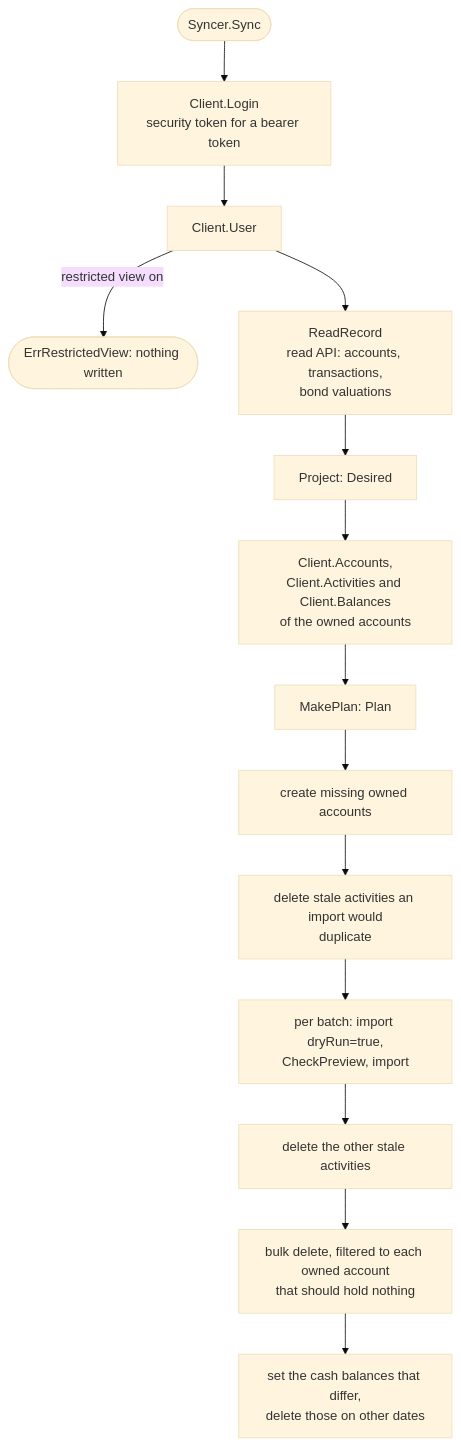
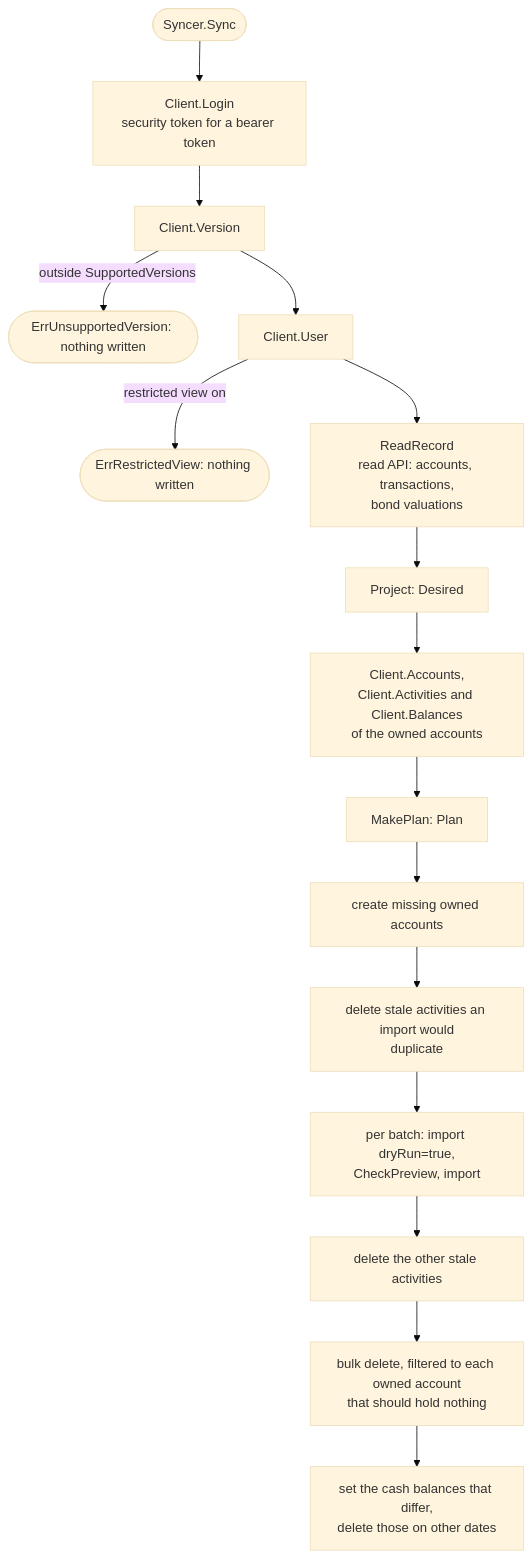
The first of 2 diagrams in docs/concepts/ghostfolio.md (arkadiuss/openfief), drawn with Mermaid (base theme) before and after one commit. The commit also changed other lines of this file and 29 other files, not shown here.

````diff
--- a/docs/concepts/ghostfolio.md
+++ b/docs/concepts/ghostfolio.md
@@ -34,16 +34,18 @@
 ```mermaid
 flowchart TD
   start(["Syncer.Sync"]) --> login["Client.Login<br/>security token for a bearer token"]
-  login --> user["Client.User"]
+  login --> version["Client.Version"]
+  version -- "outside SupportedVersions" --> unsupported(["ErrUnsupportedVersion: nothing written"])
+  version --> user["Client.User"]
   user -- "restricted view on" --> refuse(["ErrRestrictedView: nothing written"])
   user --> read["ReadRecord<br/>read API: accounts, transactions,<br/>bond valuations"]
   read --> project["Project: Desired"]
   project --> actual["Client.Accounts,<br/>Client.Activities and Client.Balances<br/>of the owned accounts"]
   actual --> plan["MakePlan: Plan"]
   plan --> create["create missing owned accounts"]
   create --> pre["delete stale activities an import would<br/>duplicate"]
   pre --> batches["per batch: import dryRun=true,<br/>CheckPreview, import"]
   batches --> del["delete the other stale activities"]
   del --> clear["bulk delete, filtered to each owned account<br/>that should hold nothing"]
   clear --> cash["set the cash balances that differ,<br/>delete those on other dates"]
 ```
````
